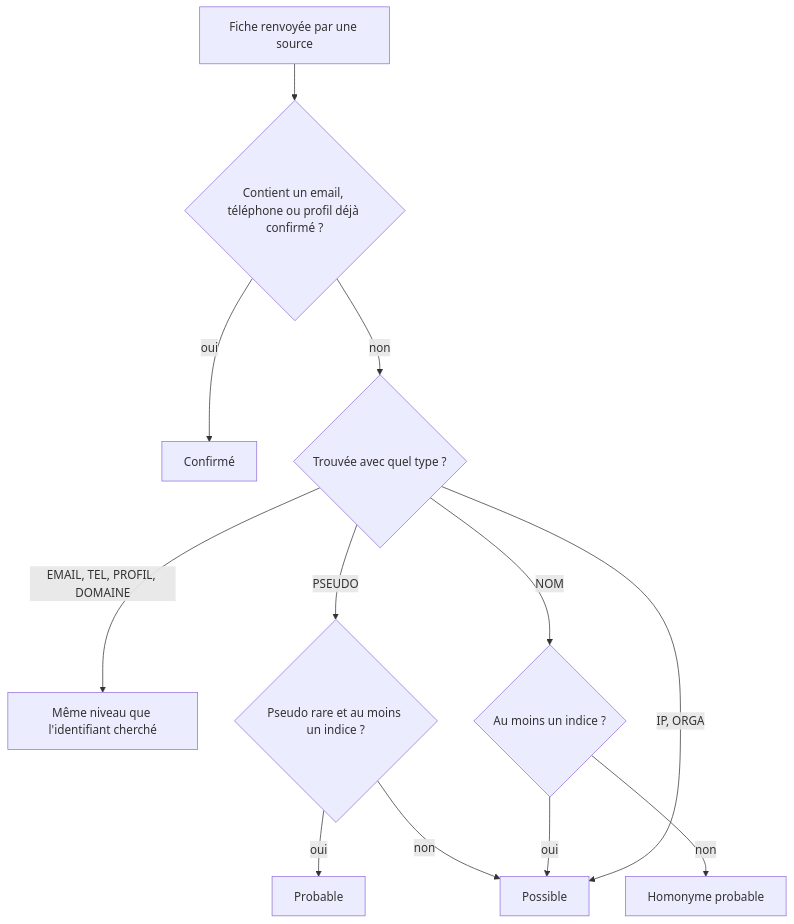
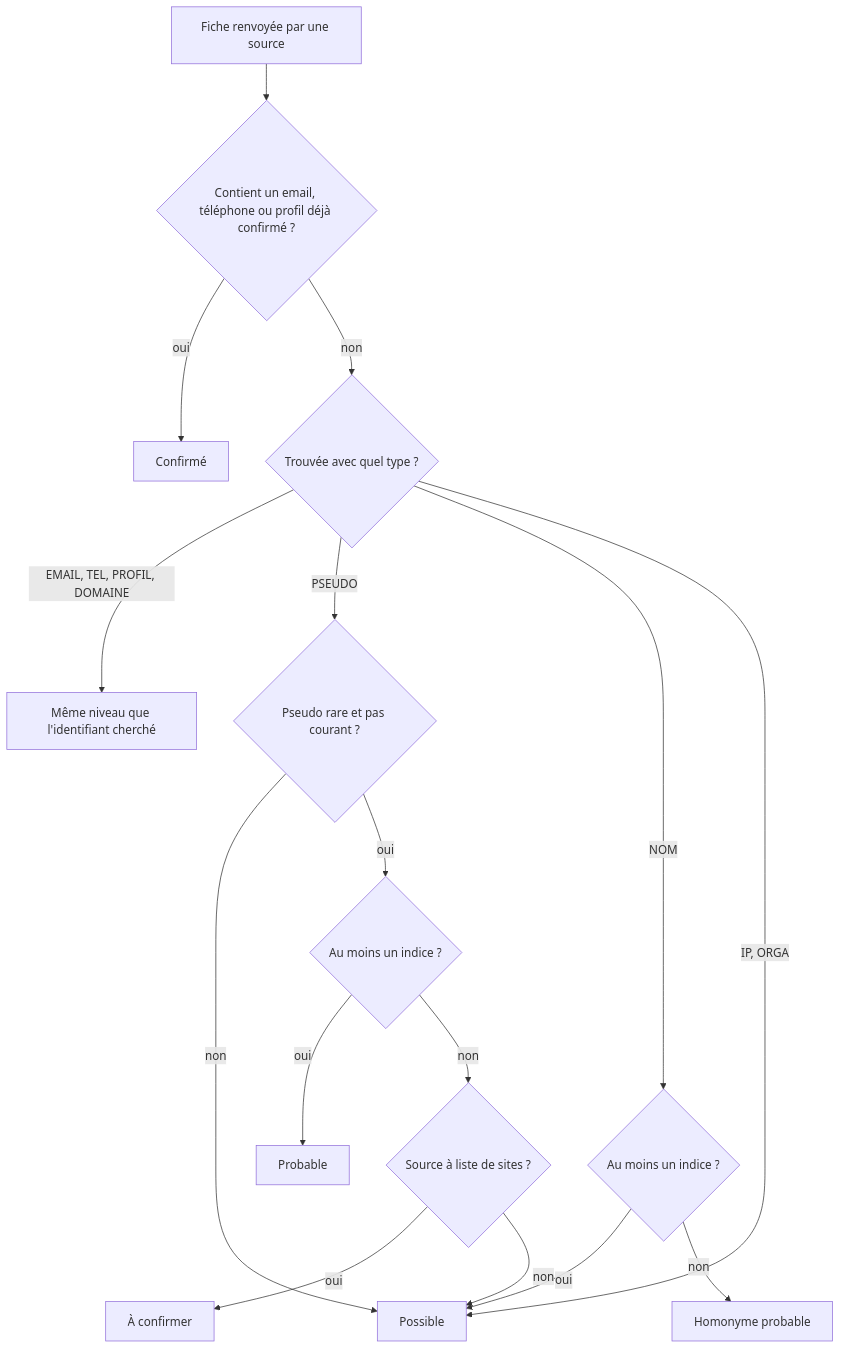
Before and after one commit to SaltyKeed/osint-open-doors: the second of 3 diagrams in docs/guide/06-fonctionnement-de-l-enquete.md, drawn with Mermaid. The commit also changed other lines of this file and 24 other files, not shown here.

````diff
--- a/docs/guide/06-fonctionnement-de-l-enquete.md
+++ b/docs/guide/06-fonctionnement-de-l-enquete.md
@@ -104,14 +105,18 @@
 ```mermaid
 flowchart TD
     A["Fiche renvoyée par une source"] --> B{"Contient un email, téléphone ou profil déjà confirmé ?"}
     B -- oui --> C["Confirmé"]
     B -- non --> D{"Trouvée avec quel type ?"}
     D -- "EMAIL, TEL, PROFIL, DOMAINE" --> E["Même niveau que l'identifiant cherché"]
-    D -- PSEUDO --> F{"Pseudo rare et au moins un indice ?"}
-    F -- oui --> G["Probable"]
+    D -- PSEUDO --> F{"Pseudo rare et pas courant ?"}
     F -- non --> H["Possible"]
+    F -- oui --> L{"Au moins un indice ?"}
+    L -- oui --> G["Probable"]
+    L -- non --> N{"Source à liste de sites ?"}
+    N -- oui --> M["À confirmer"]
+    N -- non --> H
     D -- NOM --> I{"Au moins un indice ?"}
     I -- oui --> H
     I -- non --> J["Homonyme probable"]
     D -- "IP, ORGA" --> H
 ```
````
